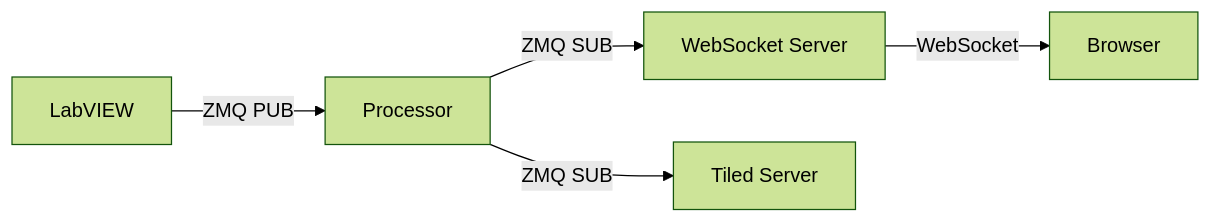
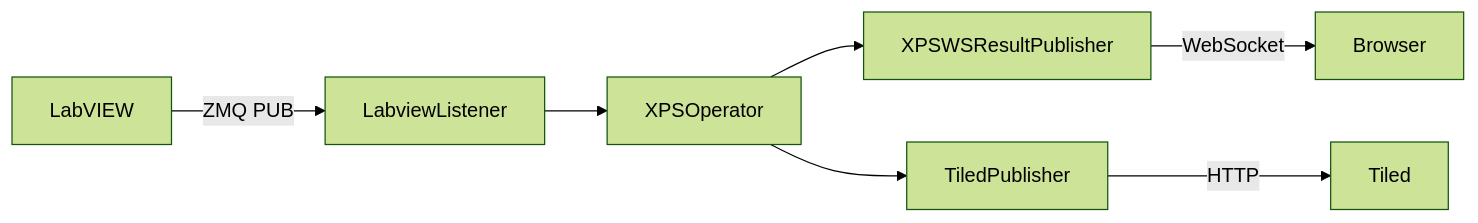
The diagram in README.md (als-computing/ArroyoXPS), drawn with Mermaid (forest theme) before and after one commit. The commit also changed other lines of this file and 49 other files, not shown here.

````diff
--- a/README.md
+++ b/README.md
@@ -3,9 +3,12 @@
 ``` mermaid
+
 graph LR
-    A[LabVIEW] -->|ZMQ PUB| B[Processor]
-    B -->|ZMQ SUB| C[WebSocket Server]
-    B -->|ZMQ SUB| D[Tiled Server]
-    C -->|WebSocket| E[Browser]
+    LabVIEW -->|ZMQ PUB| LabviewListener
+    LabviewListener --> XPSO[XPSOperator]
+    XPSO --> XPWS[XPSWSResultPublisher]
+    XPWS -->|WebSocket| Browser
+    XPSO --> TiledPublisher
+    TiledPublisher-->|HTTP| Tiled
 
 
 ```
````
